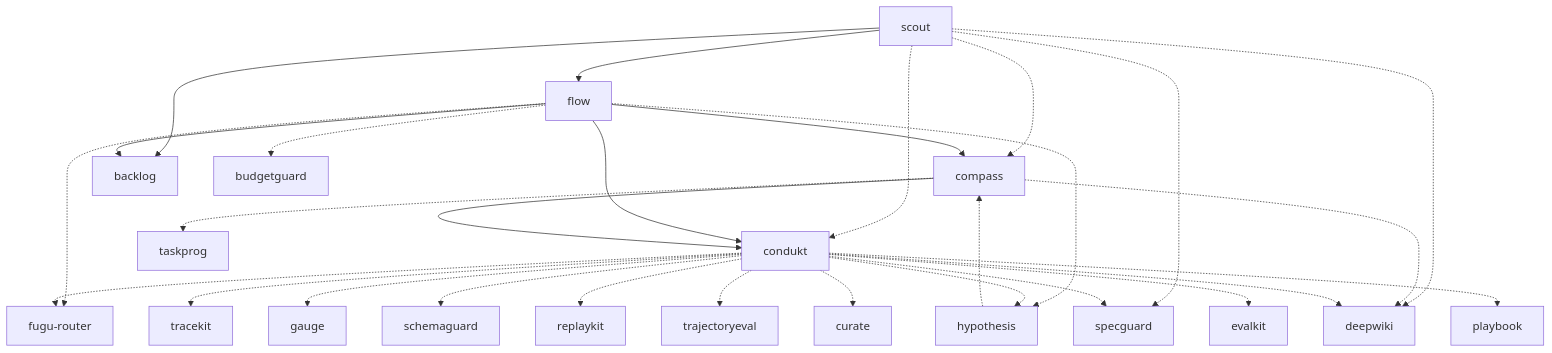
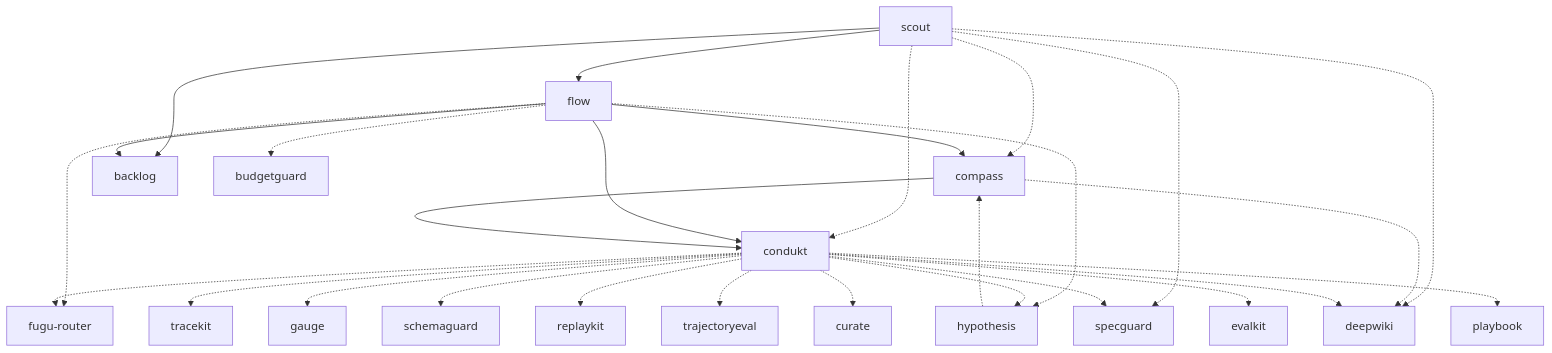
Before and after one commit to yukineko/claude-harnesses: the diagram in docs/plugin-dependency-graph.md, drawn with Mermaid. The commit also changed other lines of this file and 62 other files, not shown here.

````diff
--- a/docs/plugin-dependency-graph.md
+++ b/docs/plugin-dependency-graph.md
@@ -50,63 +50,61 @@
 ```mermaid
 graph TD
   %% ---- sources ----
   scout[scout]
   compass[compass]
   hypothesis[hypothesis]
   backlog[backlog]
   %% ---- driver / executor ----
   flow[flow]
   condukt[condukt]
   fugu[fugu-router]
   %% ---- telemetry / eval / guard sinks ----
   tracekit[tracekit]
   gauge[gauge]
   deepwiki[deepwiki]
   specguard[specguard]
   schemaguard[schemaguard]
   replaykit[replaykit]
   trajectoryeval[trajectoryeval]
   curate[curate]
   evalkit[evalkit]
   playbook[playbook]
   budgetguard[budgetguard]
-  taskprog[taskprog]
 
   %% ---- scout (multi-lens SOURCE) ----
   scout --> backlog
   scout --> flow
   scout -.-> condukt
   scout -.-> compass
   scout -.-> specguard
   scout -.-> deepwiki
 
   %% ---- flow (source->executor driver) ----
   flow --> compass
   flow --> backlog
   flow --> condukt
   flow -.-> fugu
   flow -.-> hypothesis
   flow -.-> budgetguard
 
   %% ---- compass (re-orientation SOURCE) ----
   compass --> condukt
   compass -.-> deepwiki
-  compass -.-> taskprog
 
   %% ---- hypothesis (PDO SOURCE) ----
   hypothesis -.-> compass
 
   %% ---- condukt (executor) + its soft-deps ----
   condukt -.-> fugu
   condukt -.-> hypothesis
   condukt -.-> tracekit
   condukt -.-> gauge
   condukt -.-> deepwiki
   condukt -.-> specguard
   condukt -.-> schemaguard
   condukt -.-> replaykit
   condukt -.-> trajectoryeval
   condukt -.-> curate
   condukt -.-> evalkit
   condukt -.-> playbook
 ```
````
